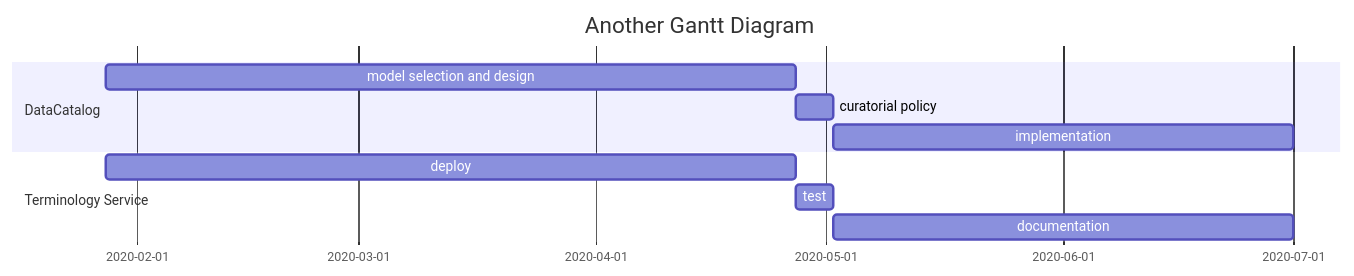
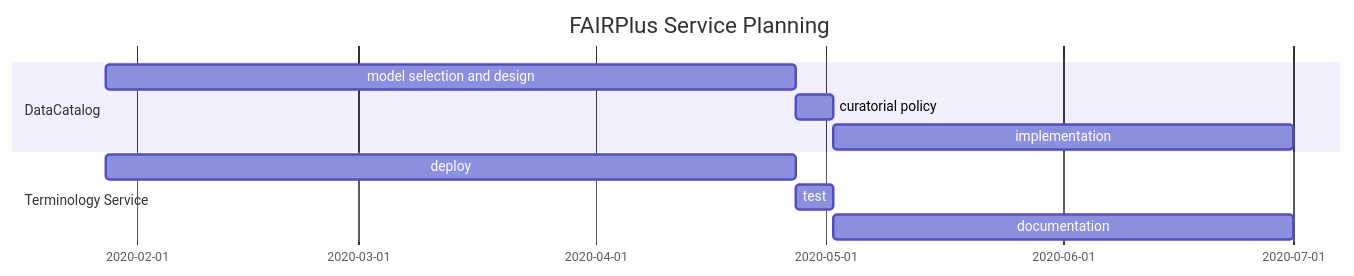
One commit to egonw/cookbook-dev changed the diagram in content/roadmap.md. Above: the diagram before and after it, drawn with Mermaid. The commit also changed other lines of this file and 55 other files, not shown here.

```diff
--- a/content/roadmap.md
+++ b/content/roadmap.md
@@ -27,13 +19,13 @@
 <div class="mermaid">
 gantt
-    title Another Gantt Diagram
+    title FAIRPlus Service Planning
     dateFormat  YYYY-MM-DD
     section DataCatalog
     model selection and design        :a1, 2020-01-28, 90d
     curatorial policy              :a2, after a1, 5d
     implementation                  :a3, after a2 , 60d
     section Terminology Service
     deploy        :a4, 2020-01-28, 90d
     test               :a5, after a4, 5d
     documentation                  :a6, after a5 , 60d
 </div>
```
